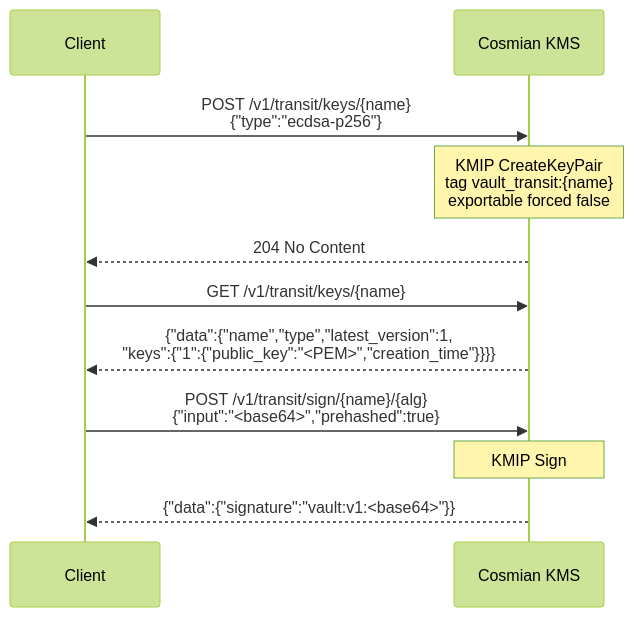
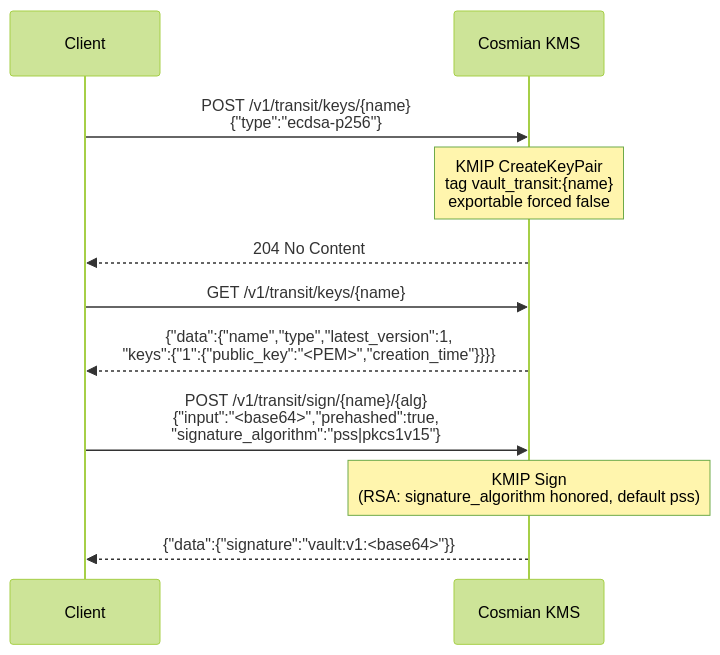
The fifth of 7 diagrams in documentation/docs/integrations/spire_spiffe.md (Cosmian/kms), drawn with Mermaid (forest theme) before and after one commit. The commit also changed other lines of this file and 2 other files, not shown here.

Commit message:
fix: RSA keys always sign with PSS, even when the client asked for PKCS#1 v1.5

````diff
--- a/documentation/docs/integrations/spire_spiffe.md
+++ b/documentation/docs/integrations/spire_spiffe.md
@@ -198,14 +198,14 @@
 ```mermaid
 sequenceDiagram
     participant Client
     participant KMS as Cosmian KMS
 
     Client->>KMS: POST /v1/transit/keys/{name}<br/>{"type":"ecdsa-p256"}
     Note over KMS: KMIP CreateKeyPair<br/>tag vault_transit:{name}<br/>exportable forced false
     KMS-->>Client: 204 No Content
     Client->>KMS: GET /v1/transit/keys/{name}
     KMS-->>Client: {"data":{"name","type","latest_version":1,<br/>"keys":{"1":{"public_key":"<PEM>","creation_time"}}}}
-    Client->>KMS: POST /v1/transit/sign/{name}/{alg}<br/>{"input":"<base64>","prehashed":true}
-    Note over KMS: KMIP Sign
+    Client->>KMS: POST /v1/transit/sign/{name}/{alg}<br/>{"input":"<base64>","prehashed":true,<br/>"signature_algorithm":"pss|pkcs1v15"}
+    Note over KMS: KMIP Sign<br/>(RSA: signature_algorithm honored, default pss)
     KMS-->>Client: {"data":{"signature":"vault:v1:<base64>"}}
 ```
````
